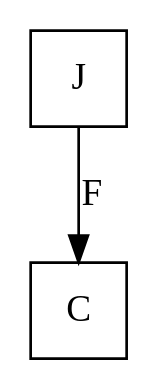
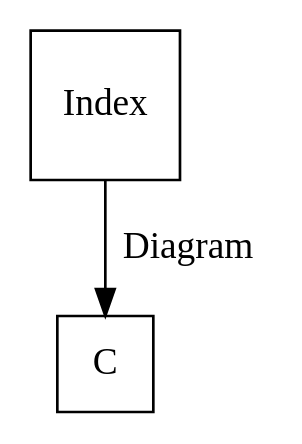
One commit to frankymacster/category-theory-graphviz changed the first of 4 diagrams in limit.md. Above: the diagram before and after it, drawn with Graphviz. The commit also changed other lines of this file, not shown here.

````diff
--- a/limit.md
+++ b/limit.md
@@ -7,8 +7,8 @@
 ```graphviz
 digraph G {
-  "J" [shape="square"]
+  "Index" [shape="square"]
   "C" [shape="square"]
 
-  "J" -> "C" [label="F"]
+  "Index" -> "C" [label="Diagram"]
 }
 ```
````
